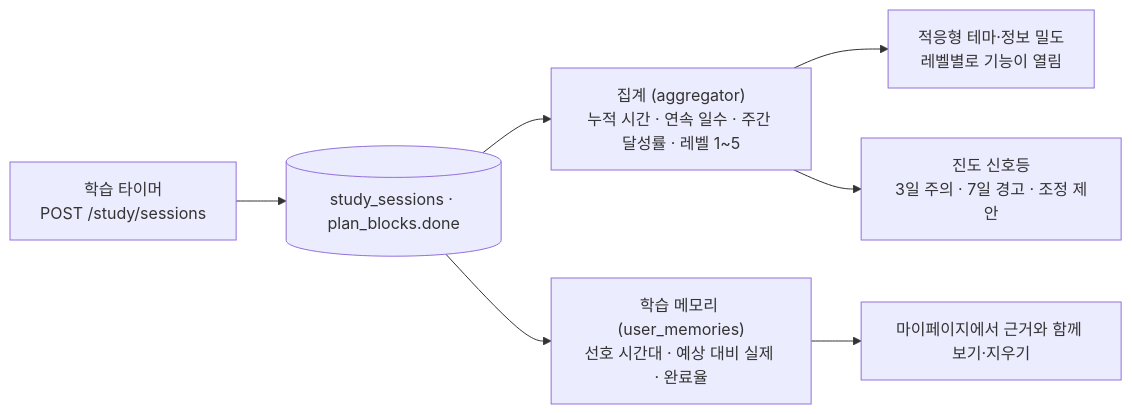
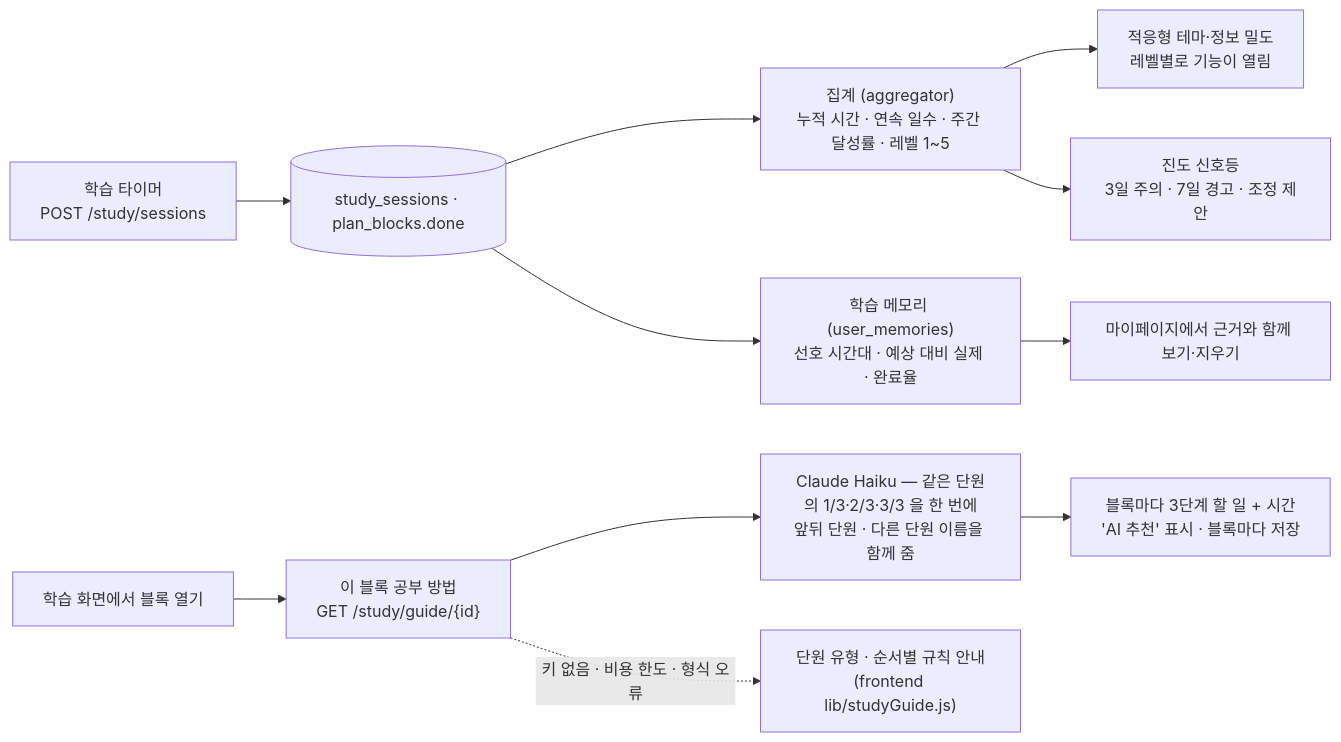
The sixth of 9 diagrams in docs/architecture.md (dinf7605/Codyssey_FinalProject), drawn with Mermaid before and after one commit. The commit also changed other lines of this file and 4 other files, not shown here.

````diff
--- a/docs/architecture.md
+++ b/docs/architecture.md
@@ -196,9 +204,13 @@
 ```mermaid
 flowchart LR
     timer["학습 타이머<br/>POST /study/sessions"] --> sessions[("study_sessions · plan_blocks.done")]
     sessions --> agg["집계 (aggregator)<br/>누적 시간 · 연속 일수 · 주간 달성률 · 레벨 1~5"]
     agg --> theme["적응형 테마·정보 밀도<br/>레벨별로 기능이 열림"]
     agg --> pace["진도 신호등<br/>3일 주의 · 7일 경고 · 조정 제안"]
     sessions --> mem["학습 메모리 (user_memories)<br/>선호 시간대 · 예상 대비 실제 · 완료율"]
     mem --> my["마이페이지에서 근거와 함께 보기·지우기"]
+    blk["학습 화면에서 블록 열기"] --> guide["이 블록 공부 방법<br/>GET /study/guide/{id}"]
+    guide --> haiku["Claude Haiku — 같은 단원의 1/3·2/3·3/3 을 한 번에<br/>앞뒤 단원 · 다른 단원 이름을 함께 줌"]
+    haiku --> steps["블록마다 3단계 할 일 + 시간<br/>'AI 추천' 표시 · 블록마다 저장"]
+    guide -. "키 없음 · 비용 한도 · 형식 오류" .-> rule["단원 유형 · 순서별 규칙 안내<br/>(frontend lib/studyGuide.js)"]
 ```
````
